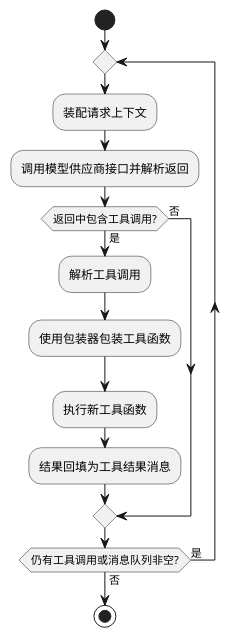
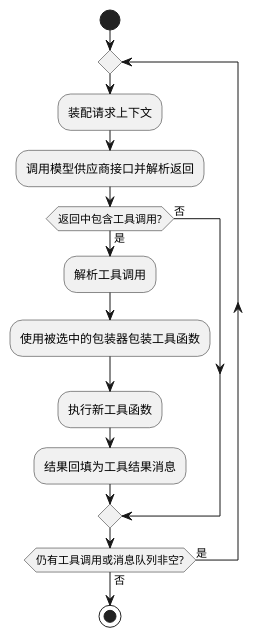
Before and after one commit to pisciculus0413/Pisces: the fourth of 12 diagrams in docs/1 High-Level Design/1 High-Level Design.md, drawn with PlantUML. The commit also changed other lines of this file and 1 other file, not shown here.

````diff
--- a/docs/1 High-Level Design/1 High-Level Design.md
+++ b/docs/1 High-Level Design/1 High-Level Design.md
@@ -480,17 +480,17 @@
 ```plantuml
 @startuml
 start
 repeat
   :装配请求上下文;
   :调用模型供应商接口并解析返回;
   if (返回中包含工具调用?) then (是)
     :解析工具调用;
-    :使用包装器包装工具函数;
+    :使用被选中的包装器包装工具函数;
     :执行新工具函数;
     :结果回填为工具结果消息;
   else (否)
   endif
 repeat while (仍有工具调用或消息队列非空?) is (是) not (否)
 stop
 @enduml
 ```
````
